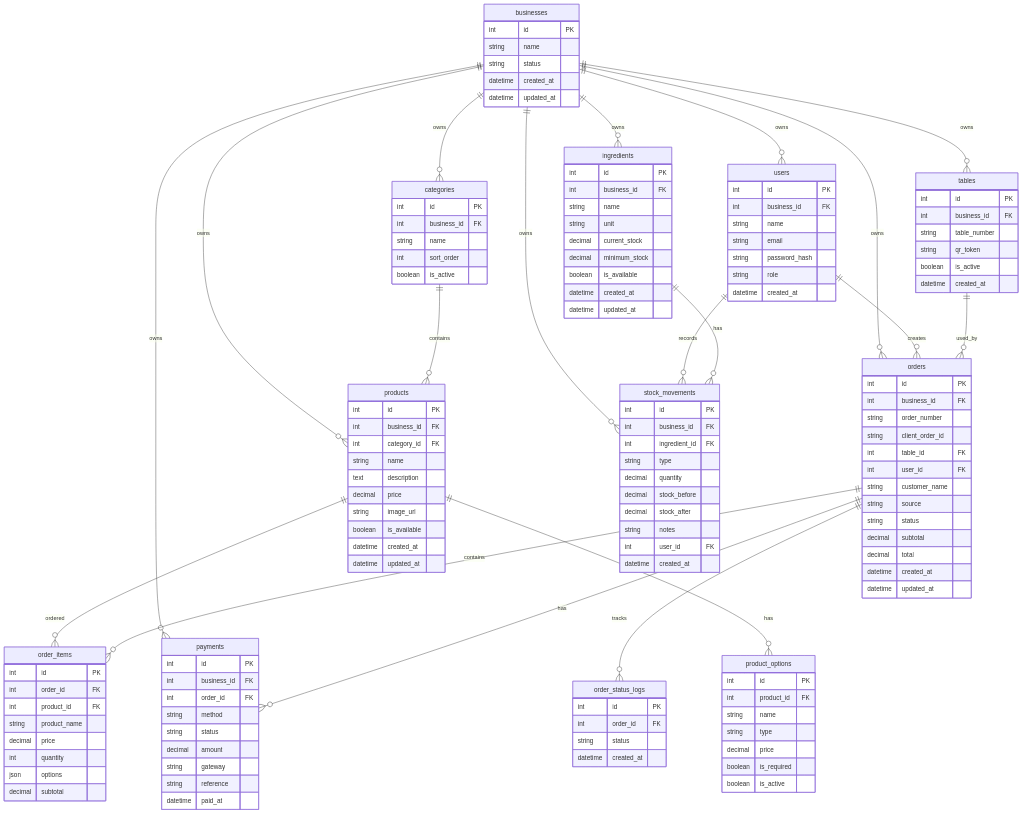
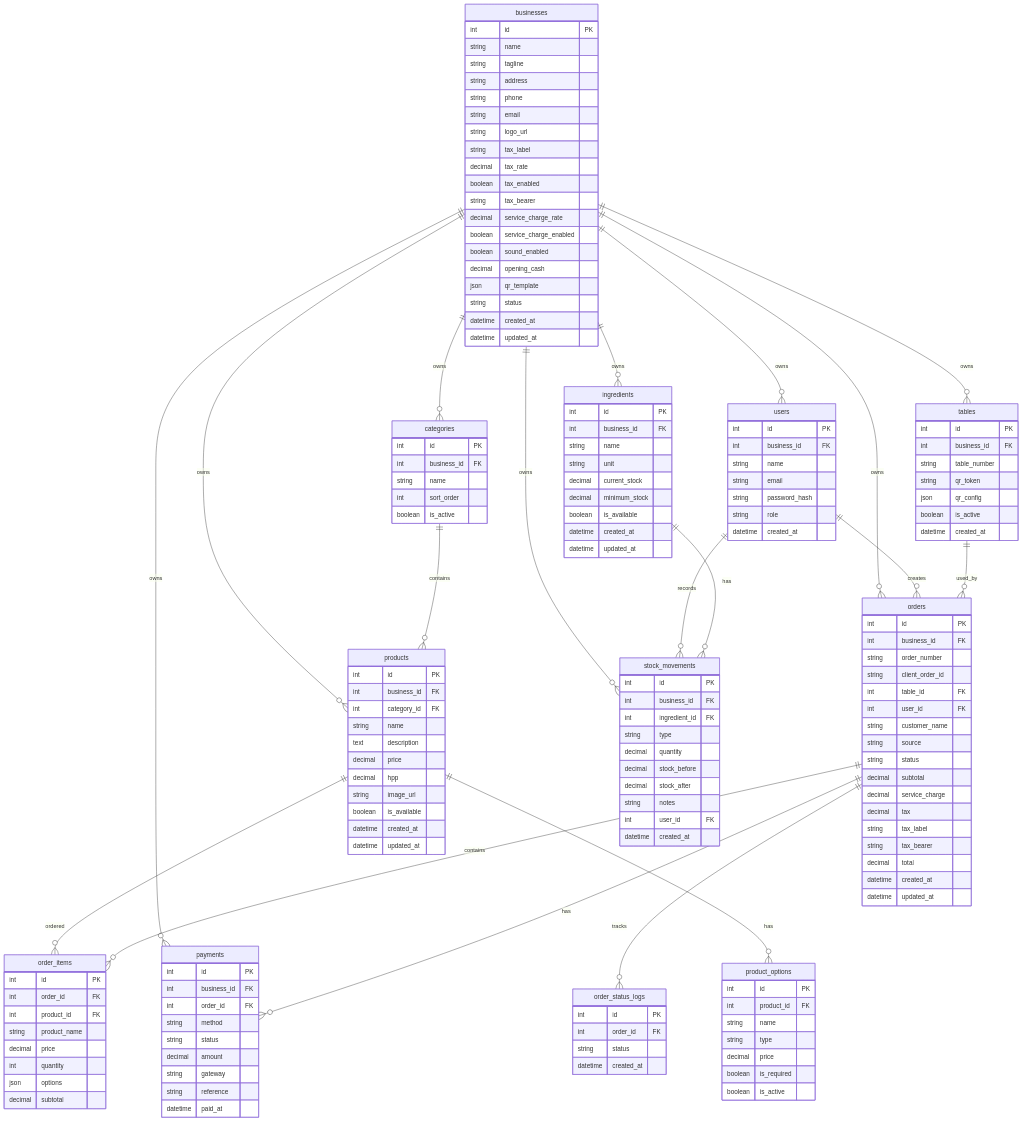
The third of 3 diagrams in docs/prd_POS_updated.md (fahrilalfariziii/POS-cafe), drawn with Mermaid before and after one commit. The commit also changed other lines of this file and 30 other files, not shown here.

```diff
--- a/docs/prd_POS_updated.md
+++ b/docs/prd_POS_updated.md
@@ -327,6 +360,20 @@
     businesses {
         int id PK
         string name
+        string tagline
+        string address
+        string phone
+        string email
+        string logo_url
+        string tax_label
+        decimal tax_rate
+        boolean tax_enabled
+        string tax_bearer
+        decimal service_charge_rate
+        boolean service_charge_enabled
+        boolean sound_enabled
+        decimal opening_cash
+        json qr_template
         string status
         datetime created_at
         datetime updated_at
@@ -347,6 +394,7 @@
         int business_id FK
         string table_number
         string qr_token
+        json qr_config
         boolean is_active
         datetime created_at
     }
@@ -366,6 +414,7 @@
         string name
         text description
         decimal price
+        decimal hpp
         string image_url
         boolean is_available
         datetime created_at
@@ -393,6 +442,10 @@
         string source
         string status
         decimal subtotal
+        decimal service_charge
+        decimal tax
+        string tax_label
+        string tax_bearer
         decimal total
         datetime created_at
         datetime updated_at
```
